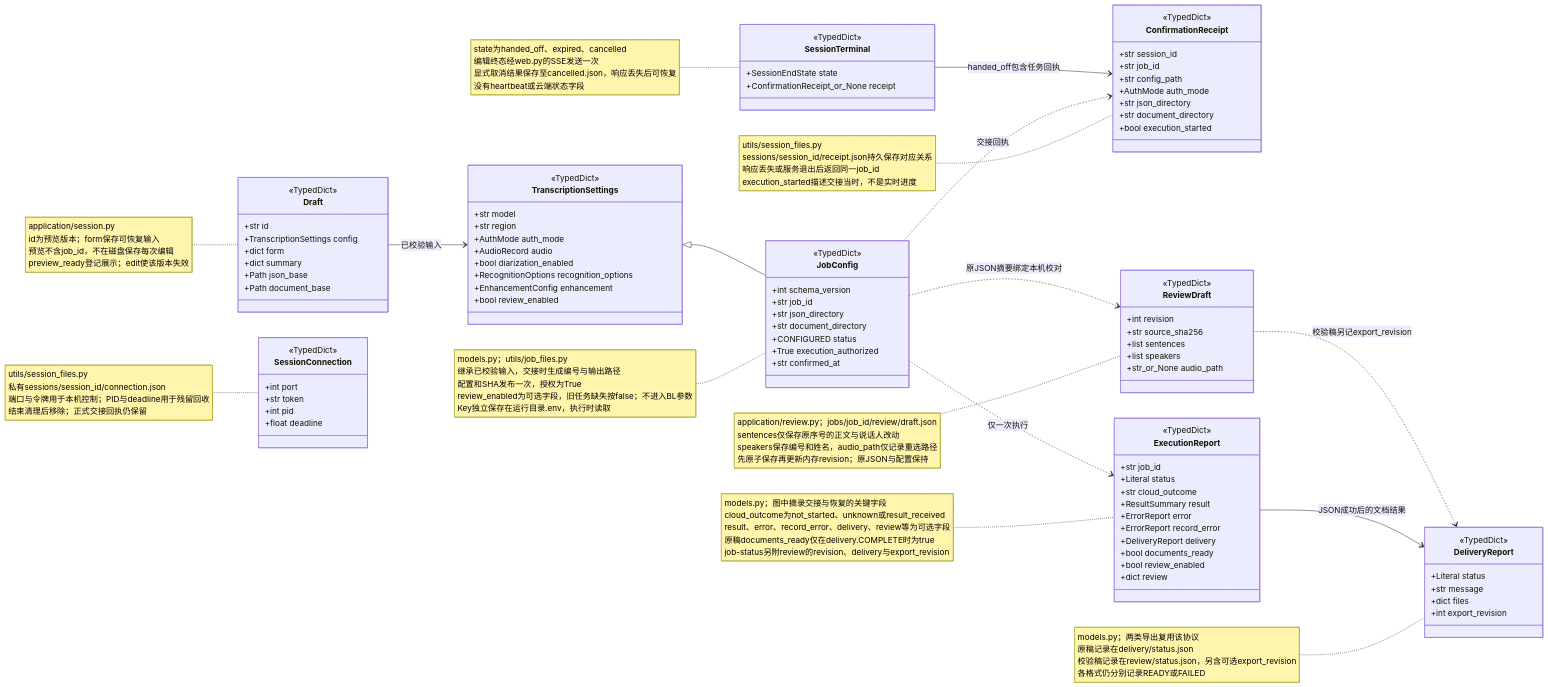
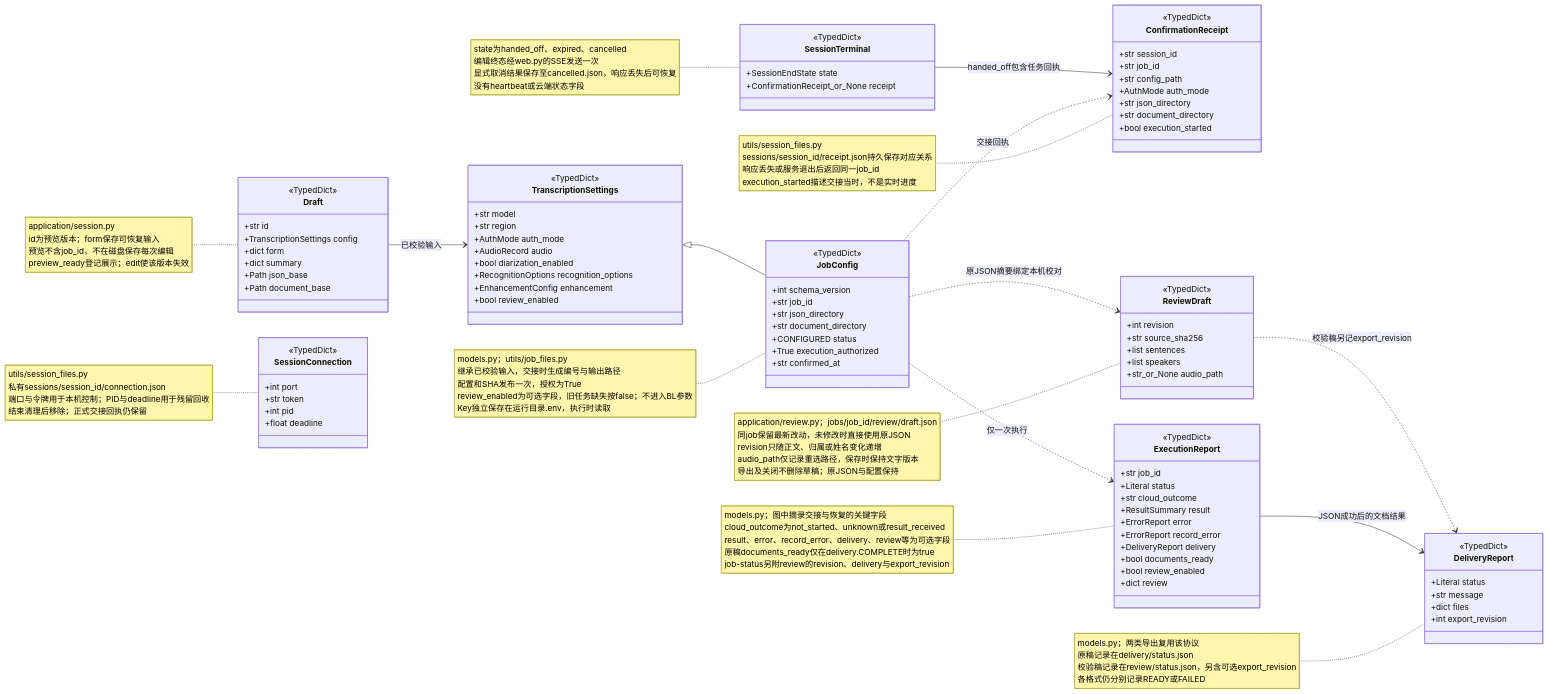
One commit to hx101700/memoflow changed the diagram in doc/uml/01c-protocol.mmd. Above: the diagram before and after it, drawn with Mermaid. The commit also changed 50 other files, not shown here.

```diff
--- a/doc/uml/01c-protocol.mmd
+++ b/doc/uml/01c-protocol.mmd
@@ -1,99 +1,99 @@
 classDiagram
 direction LR
 class TranscriptionSettings {
   <<TypedDict>>
   +str model
   +str region
   +AuthMode auth_mode
   +AudioRecord audio
   +bool diarization_enabled
   +RecognitionOptions recognition_options
   +EnhancementConfig enhancement
   +bool review_enabled
 }
 class Draft {
   <<TypedDict>>
   +str id
   +TranscriptionSettings config
   +dict form
   +dict summary
   +Path json_base
   +Path document_base
 }
 class JobConfig {
   <<TypedDict>>
   +int schema_version
   +str job_id
   +str json_directory
   +str document_directory
   +CONFIGURED status
   +True execution_authorized
   +str confirmed_at
 }
 class ConfirmationReceipt {
   <<TypedDict>>
   +str session_id
   +str job_id
   +str config_path
   +AuthMode auth_mode
   +str json_directory
   +str document_directory
   +bool execution_started
 }
 class SessionConnection {
   <<TypedDict>>
   +int port
   +str token
   +int pid
   +float deadline
 }
 class SessionTerminal {
   <<TypedDict>>
   +SessionEndState state
   +ConfirmationReceipt_or_None receipt
 }
 class ExecutionReport {
   <<TypedDict>>
   +str job_id
   +Literal status
   +str cloud_outcome
   +ResultSummary result
   +ErrorReport error
   +ErrorReport record_error
   +DeliveryReport delivery
   +bool documents_ready
   +bool review_enabled
   +dict review
 }
 class DeliveryReport {
   <<TypedDict>>
   +Literal status
   +str message
   +dict files
   +int export_revision
 }
 class ReviewDraft {
   <<TypedDict>>
   +int revision
   +str source_sha256
   +list sentences
   +list speakers
   +str_or_None audio_path
 }
 TranscriptionSettings <|-- JobConfig
 Draft --> TranscriptionSettings : 已校验输入
 JobConfig ..> ConfirmationReceipt : 交接回执
 SessionTerminal --> ConfirmationReceipt : handed_off包含任务回执
 JobConfig ..> ExecutionReport : 仅一次执行
 ExecutionReport --> DeliveryReport : JSON成功后的文档结果
 JobConfig ..> ReviewDraft : 原JSON摘要绑定本机校对
 ReviewDraft ..> DeliveryReport : 校验稿另记export_revision
 note for Draft "application/session.py<br/>id为预览版本；form保存可恢复输入<br/>预览不含job_id，不在磁盘保存每次编辑<br/>preview_ready登记展示；edit使该版本失效"
 note for JobConfig "models.py；utils/job_files.py<br/>继承已校验输入，交接时生成编号与输出路径<br/>配置和SHA发布一次，授权为True<br/>review_enabled为可选字段，旧任务缺失按false；不进入BL参数<br/>Key独立保存在运行目录.env，执行时读取"
 note for ConfirmationReceipt "utils/session_files.py<br/>sessions/session_id/receipt.json持久保存对应关系<br/>响应丢失或服务退出后返回同一job_id<br/>execution_started描述交接当时，不是实时进度"
 note for SessionTerminal "state为handed_off、expired、cancelled<br/>编辑终态经web.py的SSE发送一次<br/>显式取消结果保存至cancelled.json，响应丢失后可恢复<br/>没有heartbeat或云端状态字段"
 note for ExecutionReport "models.py；图中摘录交接与恢复的关键字段<br/>cloud_outcome为not_started、unknown或result_received<br/>result、error、record_error、delivery、review等为可选字段<br/>原稿documents_ready仅在delivery.COMPLETE时为true<br/>job-status另附review的revision、delivery与export_revision"
-note for ReviewDraft "application/review.py；jobs/job_id/review/draft.json<br/>sentences仅保存原序号的正文与说话人改动<br/>speakers保存编号和姓名，audio_path仅记录重选路径<br/>先原子保存再更新内存revision；原JSON与配置保持"
+note for ReviewDraft "application/review.py；jobs/job_id/review/draft.json<br/>同job保留最新改动，未修改时直接使用原JSON<br/>revision只随正文、归属或姓名变化递增<br/>audio_path仅记录重选路径，保存时保持文字版本<br/>导出及关闭不删除草稿；原JSON与配置保持"
 note for DeliveryReport "models.py；两类导出复用该协议<br/>原稿记录在delivery/status.json<br/>校验稿记录在review/status.json，另含可选export_revision<br/>各格式仍分别记录READY或FAILED"
 
 note for SessionConnection "utils/session_files.py<br/>私有sessions/session_id/connection.json<br/>端口与令牌用于本机控制；PID与deadline用于残留回收<br/>结束清理后移除；正式交接回执仍保留"
```
